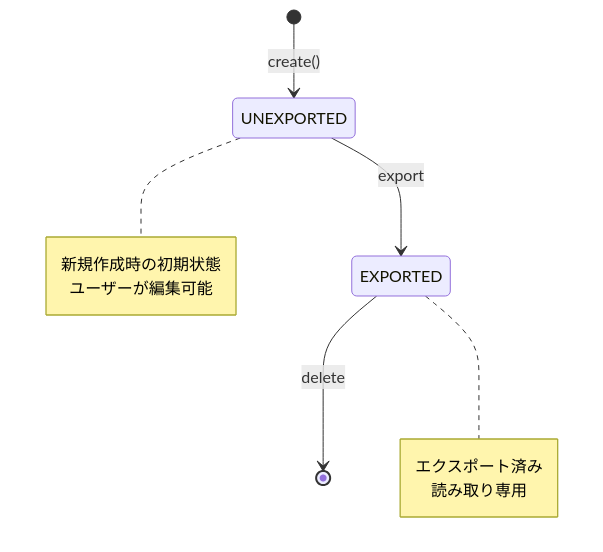
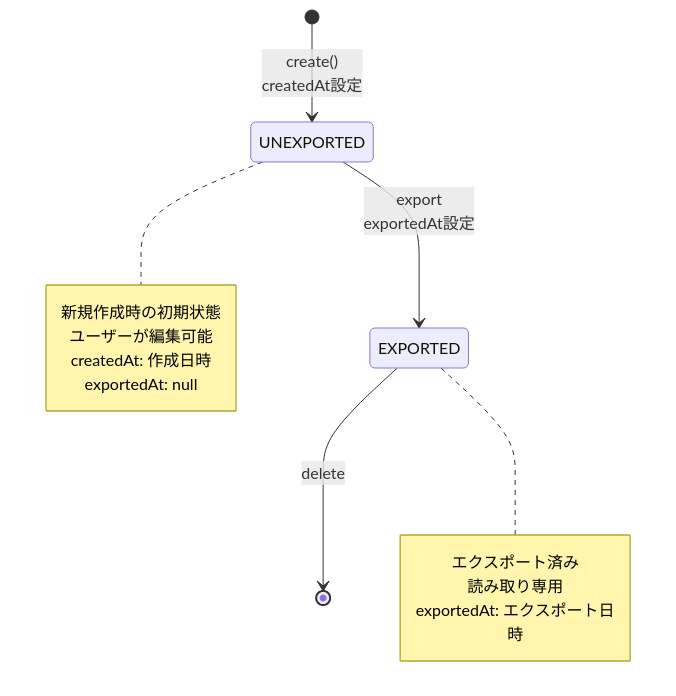
One commit to s-hirano-ist/s-private changed the fourth of 4 diagrams in docs/domain-model.md. Above: the diagram before and after it, drawn with Mermaid. The commit also changed other lines of this file and 3 other files, not shown here.

````diff
--- a/docs/domain-model.md
+++ b/docs/domain-model.md
@@ -179,16 +195,19 @@
 ```mermaid
 stateDiagram-v2
-    [*] --> UNEXPORTED : create()
-    UNEXPORTED --> EXPORTED : export
+    [*] --> UNEXPORTED : create()<br/>createdAt設定
+    UNEXPORTED --> EXPORTED : export<br/>exportedAt設定
     EXPORTED --> [*] : delete
     
     note right of UNEXPORTED
         新規作成時の初期状態
         ユーザーが編集可能
+        createdAt: 作成日時
+        exportedAt: null
     end note
     
     note right of EXPORTED
         エクスポート済み
         読み取り専用
+        exportedAt: エクスポート日時
     end note
 ```
````
